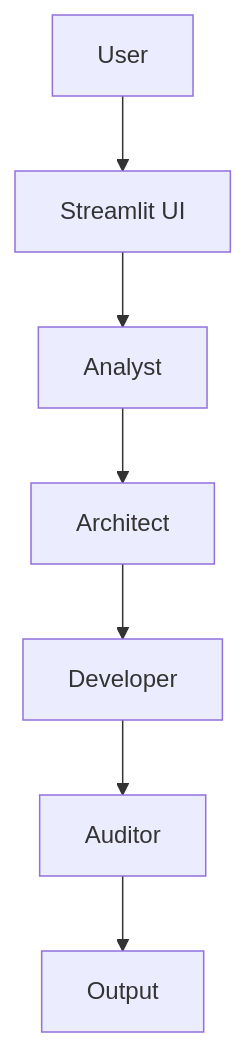
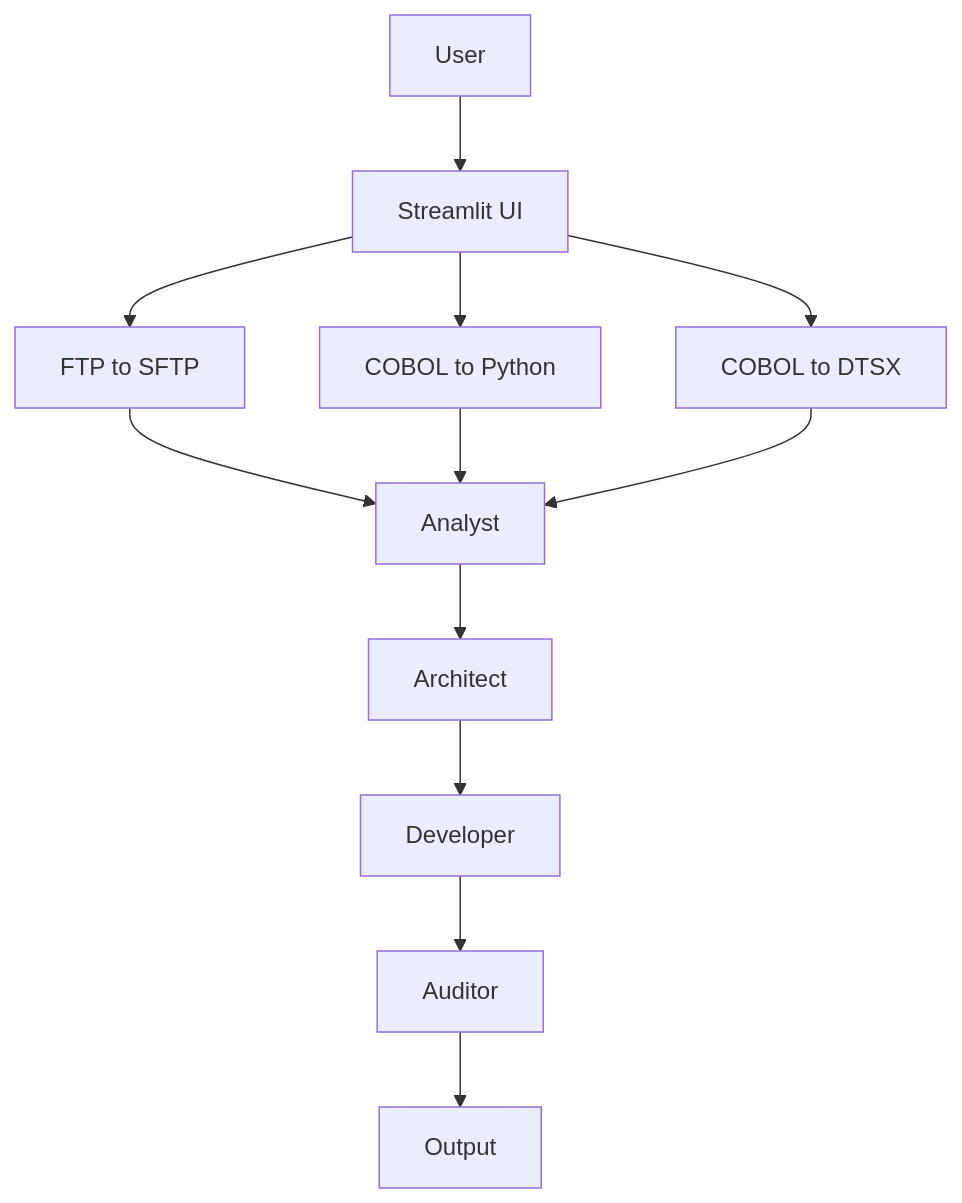
Before and after one commit to sergiocd89/AgenteSFTP: the diagram in README.md, drawn with Mermaid. The commit also changed other lines of this file and 8 other files, not shown here.

Commit message:
feat: agrega flujo cobol a dtsx con generador y pruebas

````diff
--- a/README.md
+++ b/README.md
@@ -14,9 +15,14 @@
 ```mermaid
 graph TD
     User[User] --> UI[Streamlit UI]
-    UI --> Analyst[Analyst]
+    UI --> SFTP[FTP to SFTP]
+    UI --> Py[COBOL to Python]
+    UI --> DTSX[COBOL to DTSX]
+    SFTP --> Analyst[Analyst]
+    Py --> Analyst
+    DTSX --> Analyst
     Analyst --> Architect[Architect]
     Architect --> Developer[Developer]
     Developer --> Auditor[Auditor]
     Auditor --> Output[Output]
 ```
````
